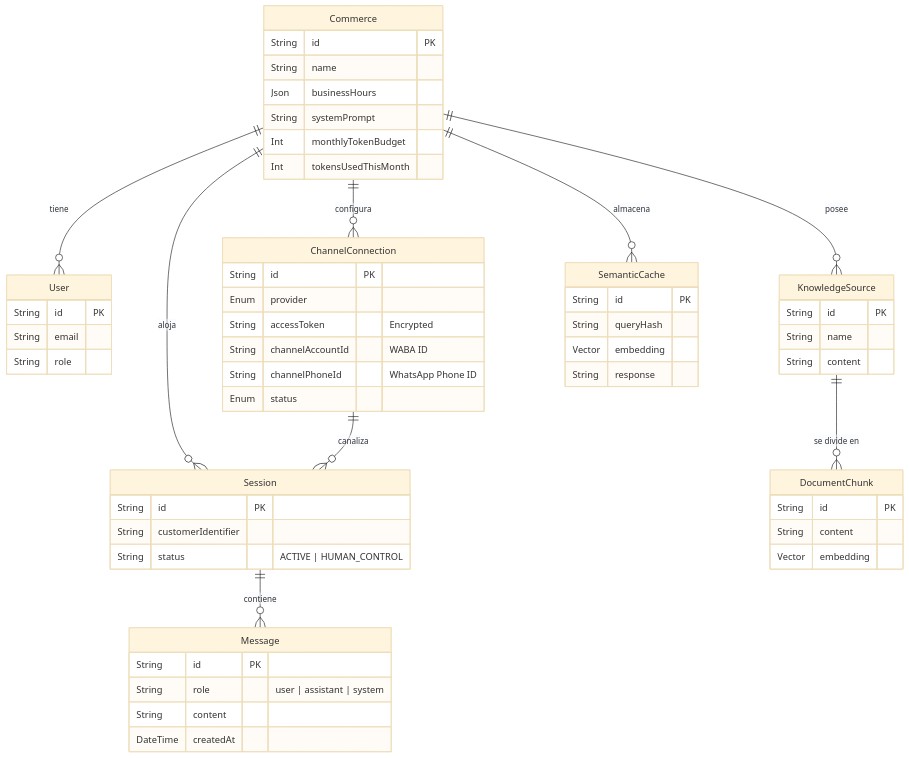
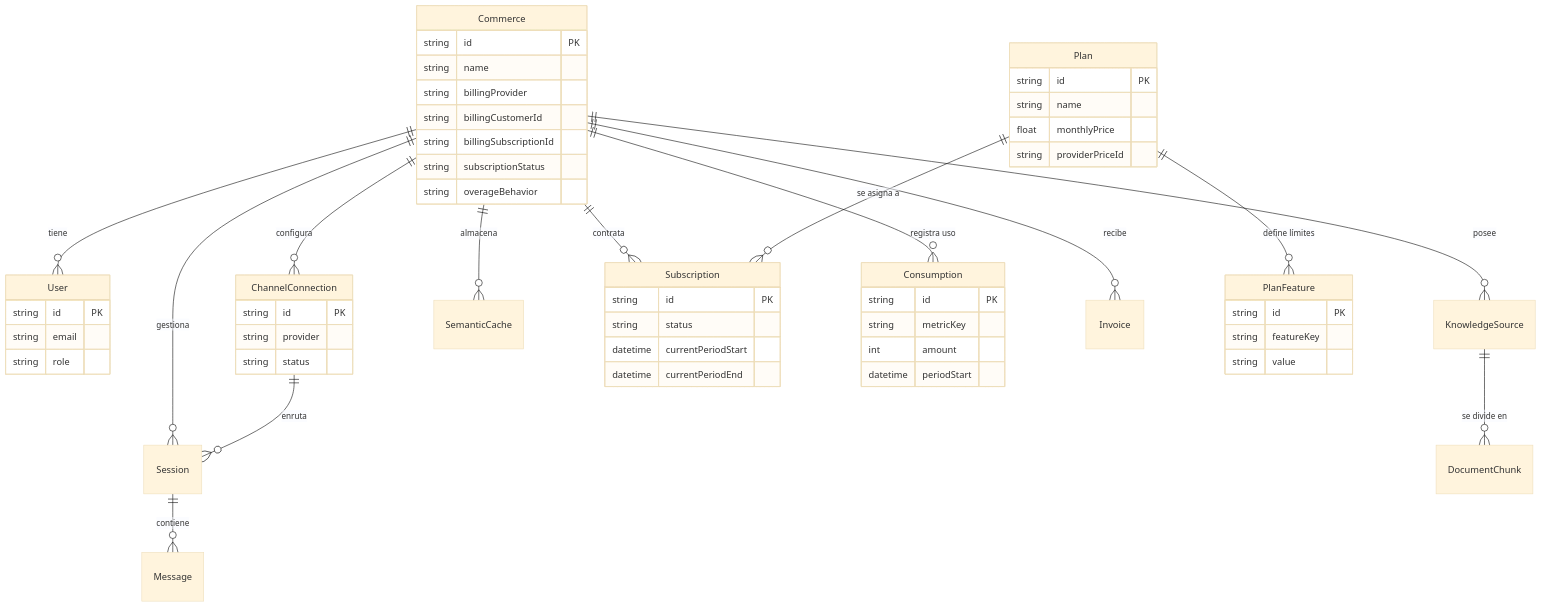
The diagram in docs/database/data-model.md (angelrobledano/automata), drawn with Mermaid (base theme) before and after one commit. The commit also changed other lines of this file and 22 other files, not shown here.

Commit message:
feat(billing): implement multi-provider payment engine, dynamic plans and strict billing docs

````diff
--- a/docs/database/data-model.md
+++ b/docs/database/data-model.md
@@ -7,70 +7,68 @@
 ```mermaid
 erDiagram
     Commerce ||--o{ User : "tiene"
     Commerce ||--o{ ChannelConnection : "configura"
-    Commerce ||--o{ Session : "aloja"
     Commerce ||--o{ KnowledgeSource : "posee"
+    Commerce ||--o{ Session : "gestiona"
     Commerce ||--o{ SemanticCache : "almacena"
+    Commerce ||--o{ Subscription : "contrata"
+    Commerce ||--o{ Consumption : "registra uso"
+    Commerce ||--o{ Invoice : "recibe"
 
-    ChannelConnection ||--o{ Session : "canaliza"
+    KnowledgeSource ||--o{ DocumentChunk : "se divide en"
     
     Session ||--o{ Message : "contiene"
+    ChannelConnection ||--o{ Session : "enruta"
     
-    KnowledgeSource ||--o{ DocumentChunk : "se divide en"
+    Plan ||--o{ PlanFeature : "define límites"
+    Plan ||--o{ Subscription : "se asigna a"
 
     Commerce {
-        String id PK
-        String name
-        Json businessHours
-        String systemPrompt
-        Int monthlyTokenBudget
-        Int tokensUsedThisMonth
+        string id PK
+        string name
+        string billingProvider
+        string billingCustomerId
+        string billingSubscriptionId
+        string subscriptionStatus
+        string overageBehavior
     }
 
     User {
-        String id PK
-        String email
-        String role
+        string id PK
+        string email
+        string role
     }
 
     ChannelConnection {
-        String id PK
-        Enum provider
-        String accessToken "Encrypted"
-        String channelAccountId "WABA ID"
-        String channelPhoneId "WhatsApp Phone ID"
-        Enum status
+        string id PK
+        string provider
+        string status
     }
 
-    Session {
-        String id PK
-        String customerIdentifier
-        String status "ACTIVE | HUMAN_CONTROL"
+    Plan {
+        string id PK
+        string name
+        float monthlyPrice
+        string providerPriceId
     }
 
-    Message {
-        String id PK
-        String role "user | assistant | system"
-        String content
-        DateTime createdAt
+    PlanFeature {
+        string id PK
+        string featureKey
+        string value
     }
 
-    KnowledgeSource {
-        String id PK
-        String name
-        String content
+    Subscription {
+        string id PK
+        string status
+        datetime currentPeriodStart
+        datetime currentPeriodEnd
     }
 
-    DocumentChunk {
-        String id PK
-        String content
-        Vector embedding
-    }
-
-    SemanticCache {
-        String id PK
-        String queryHash
-        Vector embedding
-        String response
+    Consumption {
+        string id PK
+        string metricKey
+        int amount
+        datetime periodStart
     }
 ```
````
